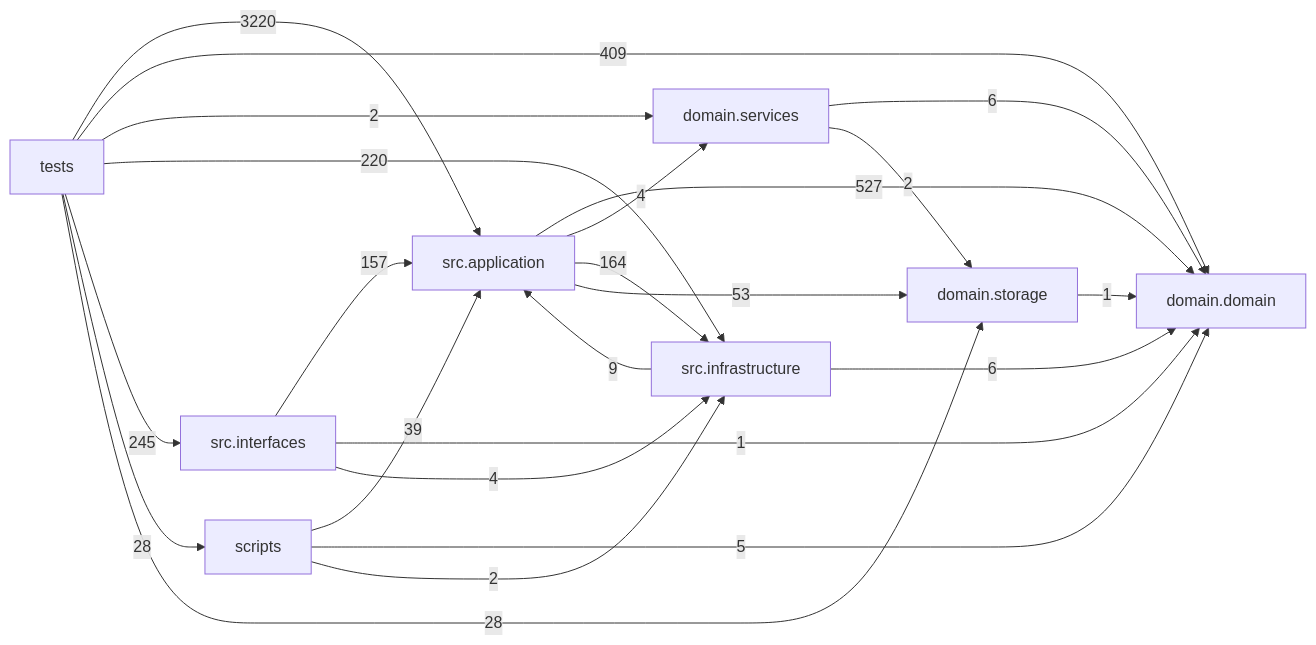
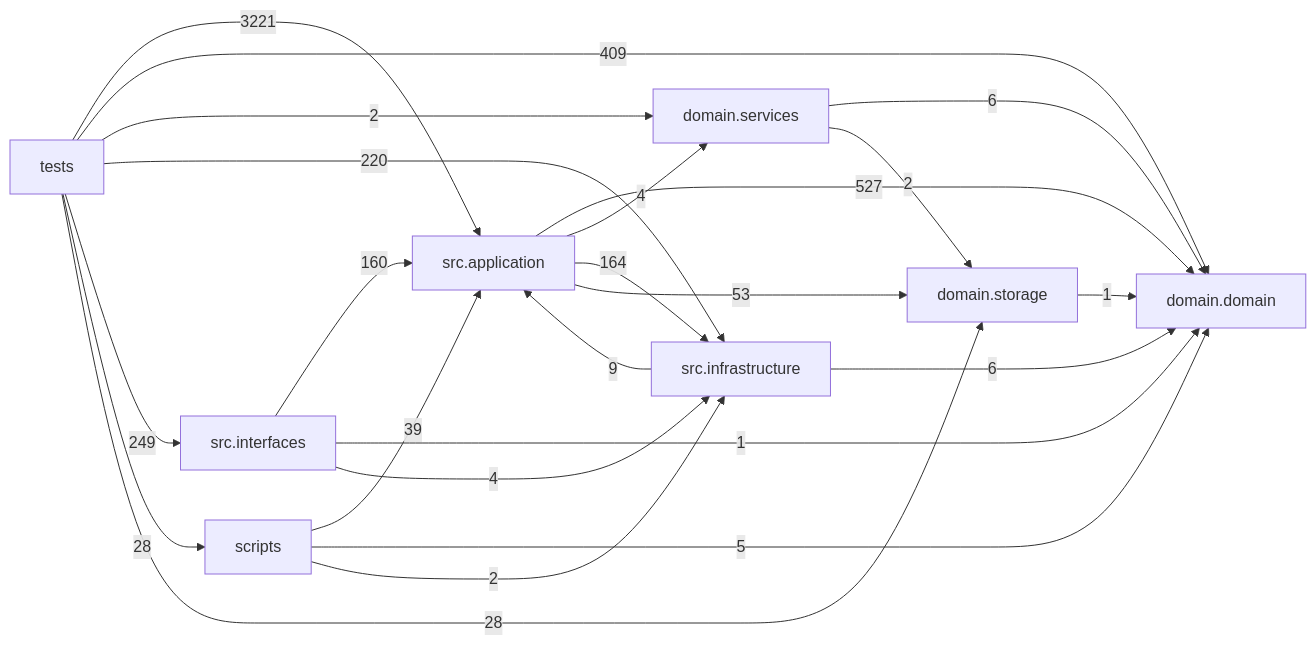
One commit to liuxie066/options-monitor changed the diagram in docs/DEPENDENCY_GRAPH.md. Above: the diagram before and after it, drawn with Mermaid. The commit also changed other lines of this file and 15 other files, not shown here.

````diff
--- a/docs/DEPENDENCY_GRAPH.md
+++ b/docs/DEPENDENCY_GRAPH.md
@@ -24,33 +24,33 @@
 ```mermaid
 flowchart LR
   tests["tests"]
   scripts["scripts"]
   interfaces["src.interfaces"]
   application["src.application"]
   infrastructure["src.infrastructure"]
   domain_services["domain.services"]
   domain["domain.domain"]
   storage["domain.storage"]
   application -->|527| domain
   application -->|4| domain_services
   application -->|164| infrastructure
   application -->|53| storage
   domain_services -->|6| domain
   domain_services -->|2| storage
   infrastructure -->|9| application
   infrastructure -->|6| domain
-  interfaces -->|157| application
+  interfaces -->|160| application
   interfaces -->|1| domain
   interfaces -->|4| infrastructure
   scripts -->|39| application
   scripts -->|5| domain
   scripts -->|2| infrastructure
   storage -->|1| domain
-  tests -->|3220| application
+  tests -->|3221| application
   tests -->|409| domain
   tests -->|2| domain_services
   tests -->|220| infrastructure
-  tests -->|245| interfaces
+  tests -->|249| interfaces
   tests -->|28| scripts
   tests -->|28| storage
 ```
````
